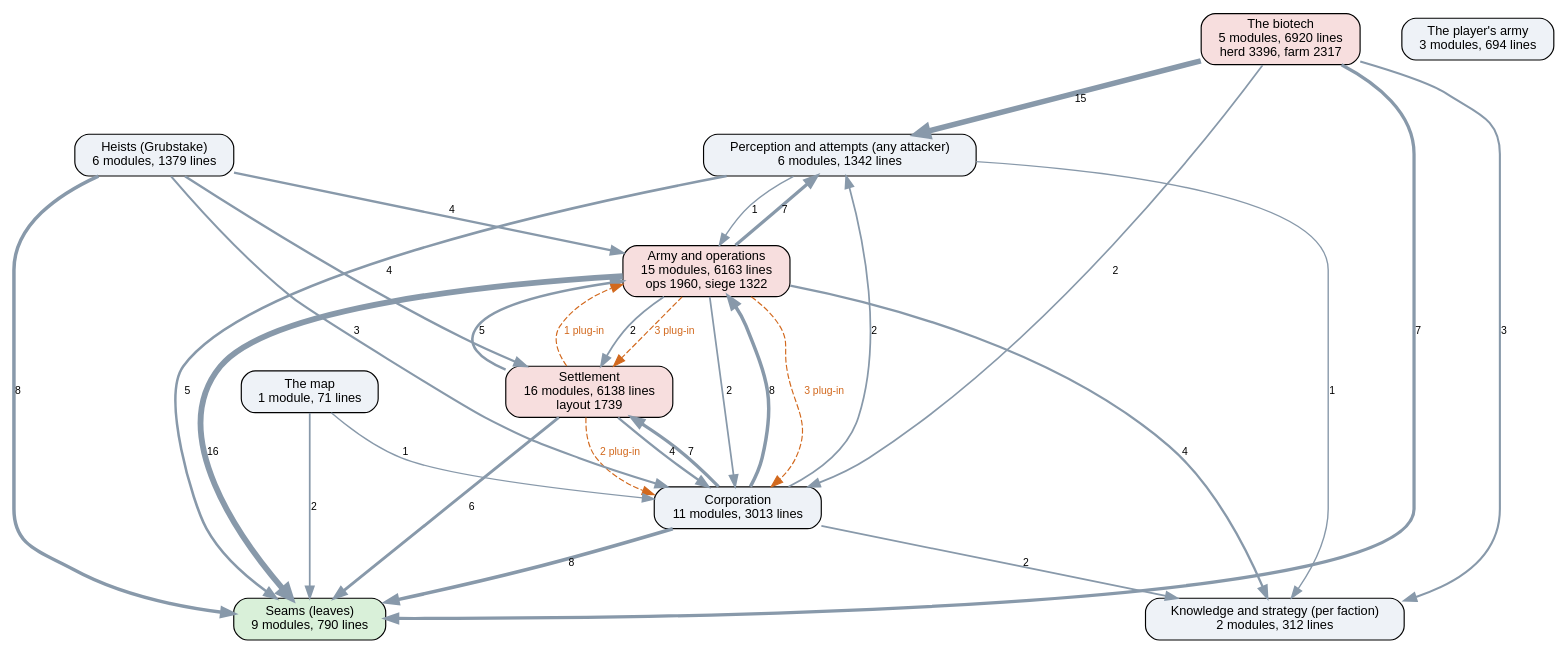
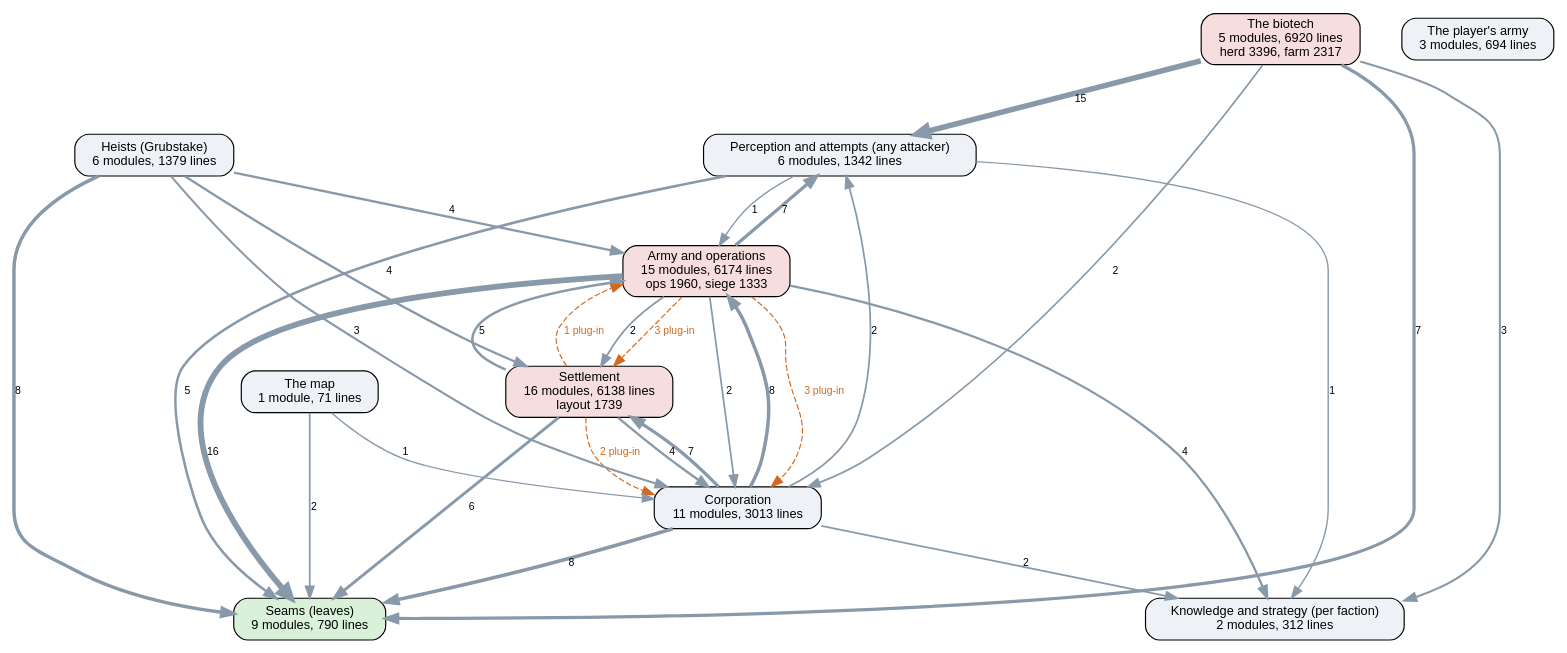
One commit to kinelhu/landing-party changed the diagram in docs/ai-layers.dot. Above: the diagram before and after it, drawn with Graphviz. The commit also changed 8 other files, not shown here.

```diff
--- a/docs/ai-layers.dot
+++ b/docs/ai-layers.dot
@@ -1,45 +1,45 @@
 digraph layers {
   graph [rankdir=TB, fontname="Helvetica", nodesep=0.5, ranksep=0.7];
   node [shape=box, style="rounded,filled", fontname="Helvetica", fontsize=11, fillcolor="#eef2f7"];
   edge [color="#8899aa", fontname="Helvetica", fontsize=9];
   "Seams (leaves)" [label="Seams (leaves)\n9 modules, 790 lines", fillcolor="#d9f0d9"];
   "Perception and attempts (any attacker)" [label="Perception and attempts (any attacker)\n6 modules, 1342 lines", fillcolor="#eef2f7"];
   "Knowledge and strategy (per faction)" [label="Knowledge and strategy (per faction)\n2 modules, 312 lines", fillcolor="#eef2f7"];
   "Corporation" [label="Corporation\n11 modules, 3013 lines", fillcolor="#eef2f7"];
   "Settlement" [label="Settlement\n16 modules, 6138 lines\nlayout 1739", fillcolor="#f7dede"];
-  "Army and operations" [label="Army and operations\n15 modules, 6163 lines\nops 1960, siege 1322", fillcolor="#f7dede"];
+  "Army and operations" [label="Army and operations\n15 modules, 6174 lines\nops 1960, siege 1333", fillcolor="#f7dede"];
   "Heists (Grubstake)" [label="Heists (Grubstake)\n6 modules, 1379 lines", fillcolor="#eef2f7"];
   "The biotech" [label="The biotech\n5 modules, 6920 lines\nherd 3396, farm 2317", fillcolor="#f7dede"];
   "The map" [label="The map\n1 module, 71 lines", fillcolor="#eef2f7"];
   "The player's army" [label="The player's army\n3 modules, 694 lines", fillcolor="#eef2f7"];
   "Army and operations" -> "Corporation" [label="2", penwidth=1.5];
   "Army and operations" -> "Knowledge and strategy (per faction)" [label="4", penwidth=2.0];
   "Army and operations" -> "Perception and attempts (any attacker)" [label="7", penwidth=2.8];
   "Army and operations" -> "Seams (leaves)" [label="16", penwidth=5.0];
   "Army and operations" -> "Settlement" [label="2", penwidth=1.5];
   "Corporation" -> "Army and operations" [label="8", penwidth=3.0];
   "Corporation" -> "Knowledge and strategy (per faction)" [label="2", penwidth=1.5];
   "Corporation" -> "Perception and attempts (any attacker)" [label="2", penwidth=1.5];
   "Corporation" -> "Seams (leaves)" [label="8", penwidth=3.0];
   "Corporation" -> "Settlement" [label="7", penwidth=2.8];
   "Heists (Grubstake)" -> "Army and operations" [label="4", penwidth=2.0];
   "Heists (Grubstake)" -> "Corporation" [label="3", penwidth=1.8];
   "Heists (Grubstake)" -> "Seams (leaves)" [label="8", penwidth=3.0];
   "Heists (Grubstake)" -> "Settlement" [label="4", penwidth=2.0];
   "Perception and attempts (any attacker)" -> "Army and operations" [label="1", penwidth=1.2];
   "Perception and attempts (any attacker)" -> "Knowledge and strategy (per faction)" [label="1", penwidth=1.2];
   "Perception and attempts (any attacker)" -> "Seams (leaves)" [label="5", penwidth=2.2];
   "Settlement" -> "Army and operations" [label="5", penwidth=2.2];
   "Settlement" -> "Corporation" [label="4", penwidth=2.0];
   "Settlement" -> "Seams (leaves)" [label="6", penwidth=2.5];
   "The biotech" -> "Corporation" [label="2", penwidth=1.5];
   "The biotech" -> "Knowledge and strategy (per faction)" [label="3", penwidth=1.8];
   "The biotech" -> "Perception and attempts (any attacker)" [label="15", penwidth=4.8];
   "The biotech" -> "Seams (leaves)" [label="7", penwidth=2.8];
   "The map" -> "Corporation" [label="1", penwidth=1.2];
   "The map" -> "Seams (leaves)" [label="2", penwidth=1.5];
   "Army and operations" -> "Corporation" [style=dashed, color="#d2691e", fontcolor="#d2691e", label="3 plug-in"];
   "Army and operations" -> "Settlement" [style=dashed, color="#d2691e", fontcolor="#d2691e", label="3 plug-in"];
   "Settlement" -> "Army and operations" [style=dashed, color="#d2691e", fontcolor="#d2691e", label="1 plug-in"];
   "Settlement" -> "Corporation" [style=dashed, color="#d2691e", fontcolor="#d2691e", label="2 plug-in"];
 }
```
